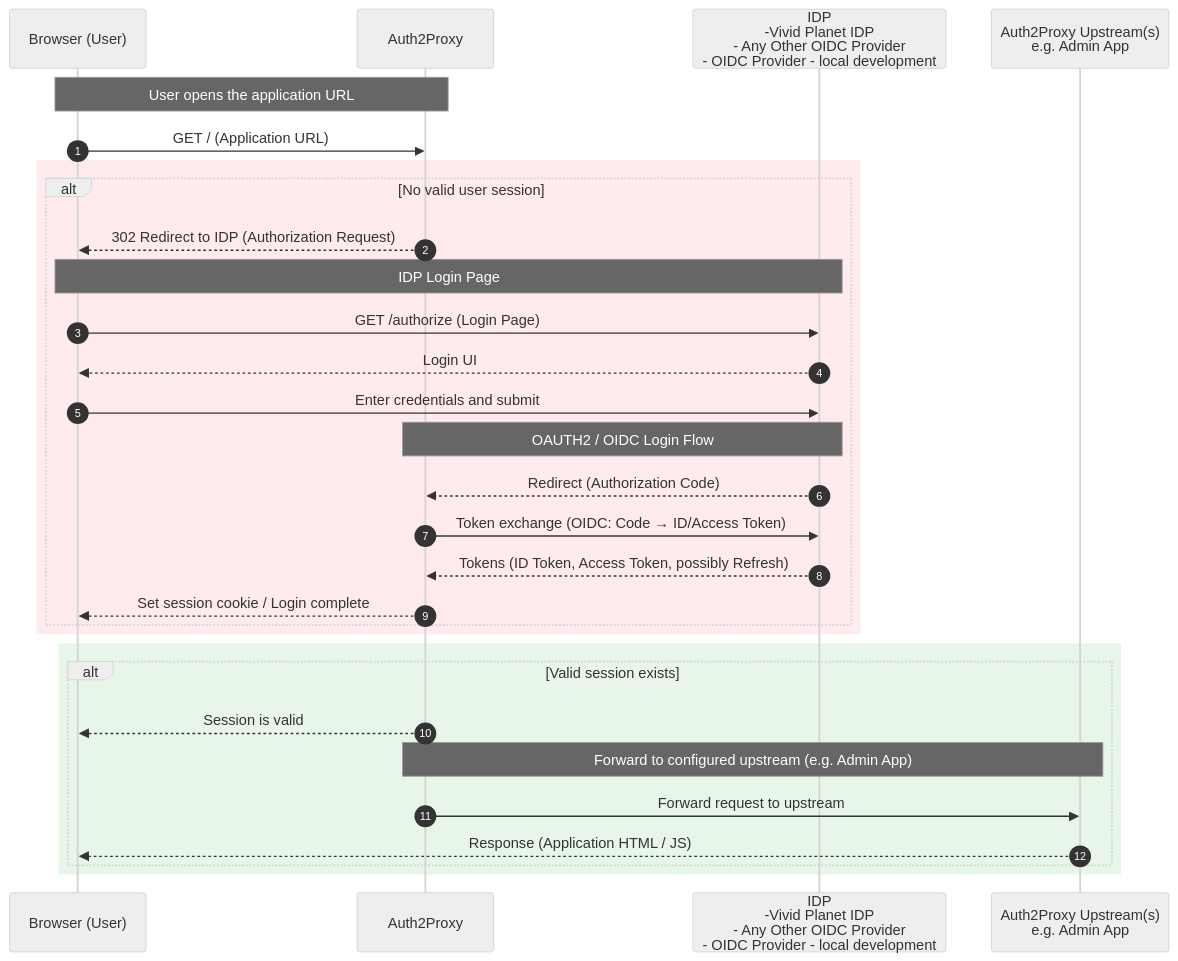
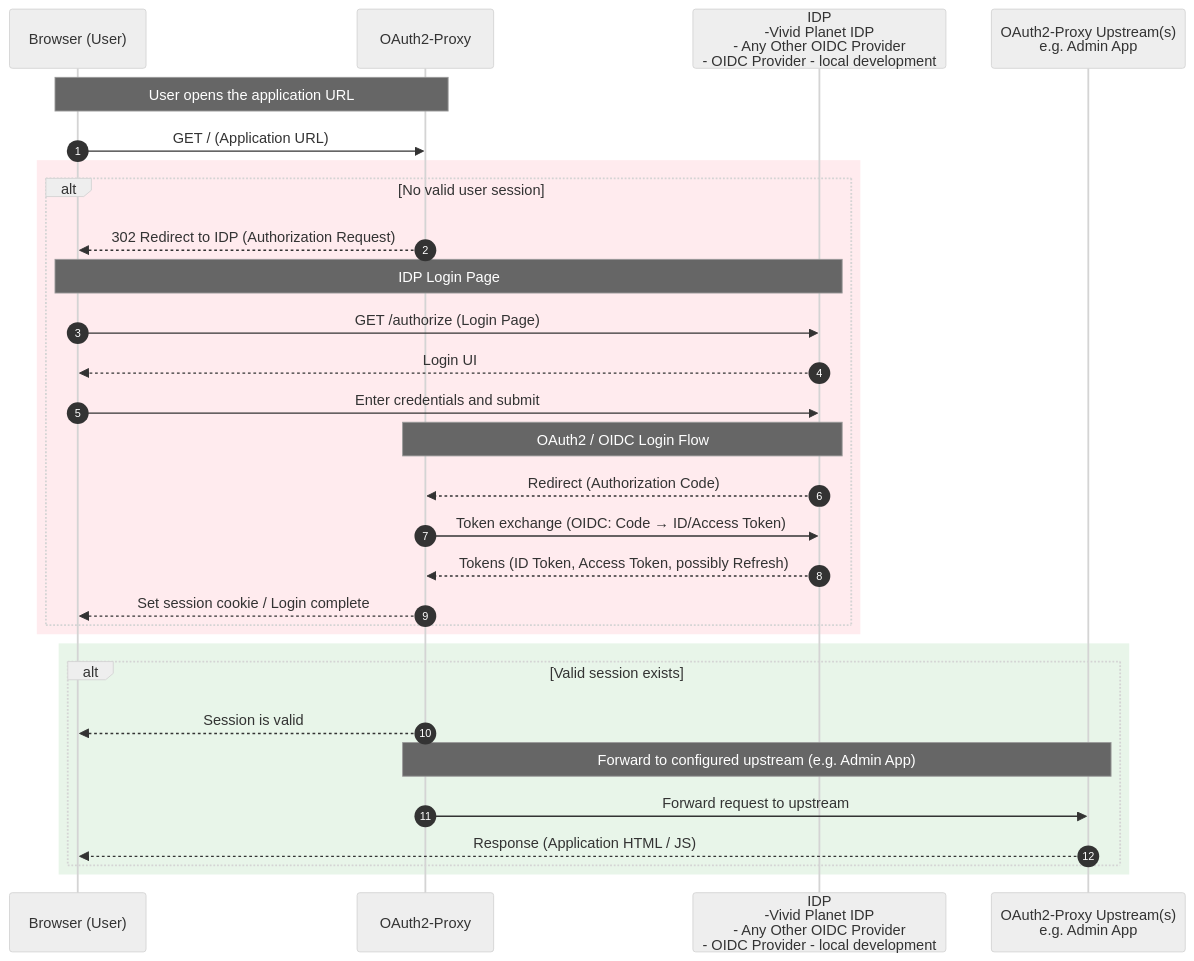
The first of 2 diagrams in docs/docs/2-core-concepts/8-authentication/index.md (vivid-planet/comet), drawn with Mermaid (neutral theme) before and after one commit. The commit also changed other lines of this file, not shown here.

Commit message:
refactor AuthProxy to OAuth2-Proxy

````diff
--- a/docs/docs/2-core-concepts/8-authentication/index.md
+++ b/docs/docs/2-core-concepts/8-authentication/index.md
@@ -31,36 +31,36 @@
 ```mermaid
 sequenceDiagram
     autonumber
     participant B as Browser (User)
-    participant P as Auth2Proxy
+    participant P as OAuth2-Proxy
     participant I as IDP<br/>-Vivid Planet IDP<br/>- Any Other OIDC Provider<br/>- OIDC Provider - local development
-    participant U as Auth2Proxy Upstream(s)<br/>e.g. Admin App
+    participant U as OAuth2-Proxy Upstream(s)<br/>e.g. Admin App
 
     Note over B,P: User opens the application URL
     B->>P: GET / (Application URL)
 
     rect rgb(255,235,238)
         alt No valid user session
             P-->>B: 302 Redirect to IDP (Authorization Request)
             Note over B,I: IDP Login Page
             B->>I: GET /authorize (Login Page)
             I-->>B: Login UI
             B->>I: Enter credentials and submit
 
-            Note over I,P: OAUTH2 / OIDC Login Flow
+            Note over I,P: OAuth2 / OIDC Login Flow
             I-->>P: Redirect (Authorization Code)
             P->>I: Token exchange (OIDC: Code → ID/Access Token)
             I-->>P: Tokens (ID Token, Access Token, possibly Refresh)
             P-->>B: Set session cookie / Login complete
         end
     end
 
     rect rgb(232,245,233)
         alt Valid session exists
             P-->>B: Session is valid
             Note over P,U: Forward to configured upstream (e.g. Admin App)
             P->>U: Forward request to upstream
             U-->>B: Response (Application HTML / JS)
         end
     end
 ```
````
